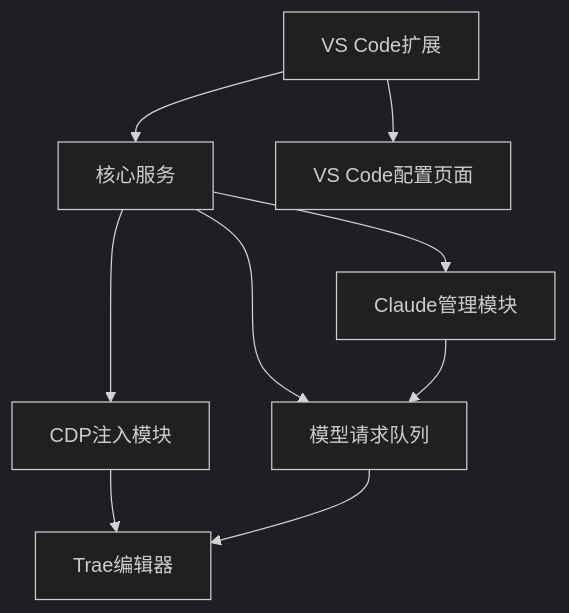
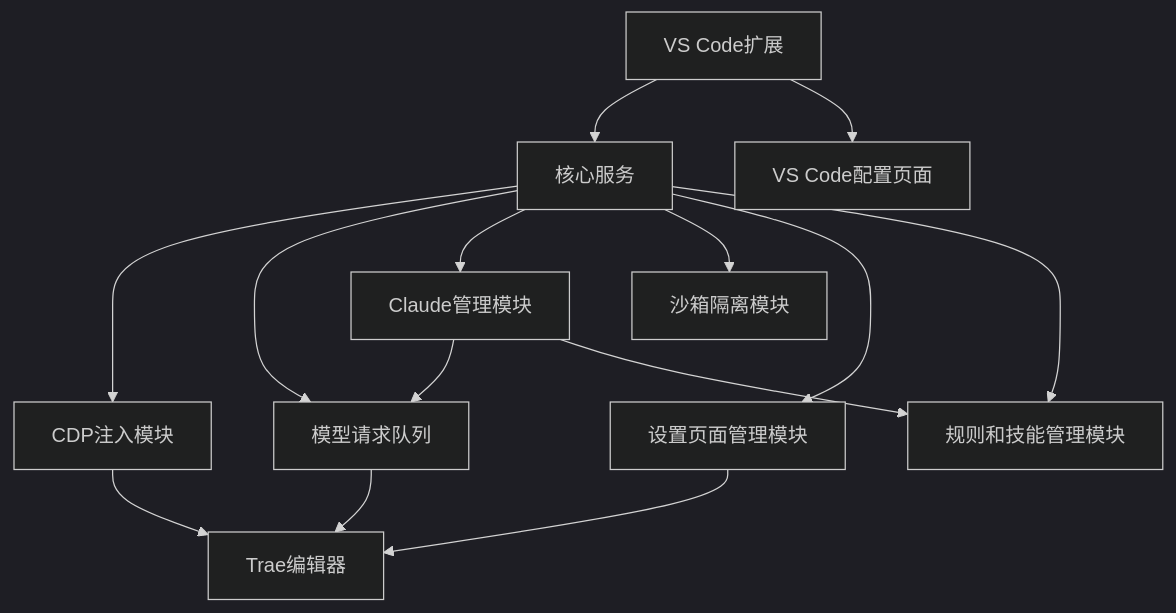
The diagram in docs/planning/Intermediate-Version-Requirements.md (jimiechen/storytree), drawn with Mermaid (dark theme) before and after one commit. The commit also changed other lines of this file, not shown here.

````diff
--- a/docs/planning/Intermediate-Version-Requirements.md
+++ b/docs/planning/Intermediate-Version-Requirements.md
@@ -120,11 +150,16 @@
 ```mermaid
 flowchart TD
     A[VS Code扩展] --> B[核心服务]
     B --> C[CDP注入模块]
     B --> D[模型请求队列]
     B --> E[Claude管理模块]
+    B --> H[沙箱隔离模块]
+    B --> I[设置页面管理模块]
+    B --> J[规则和技能管理模块]
     C --> F[Trae编辑器]
     D --> F
     E --> D
+    I --> F
+    E --> J
     A --> G[VS Code配置页面]
 ```
````
